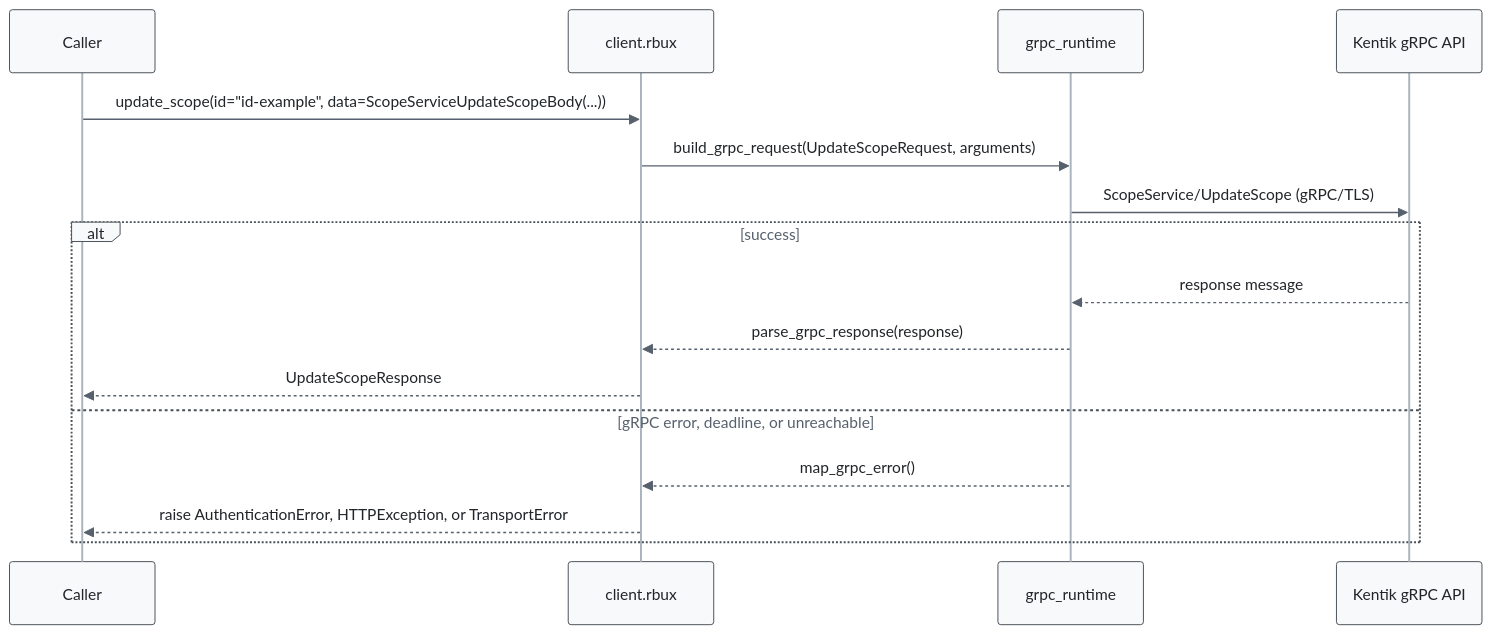
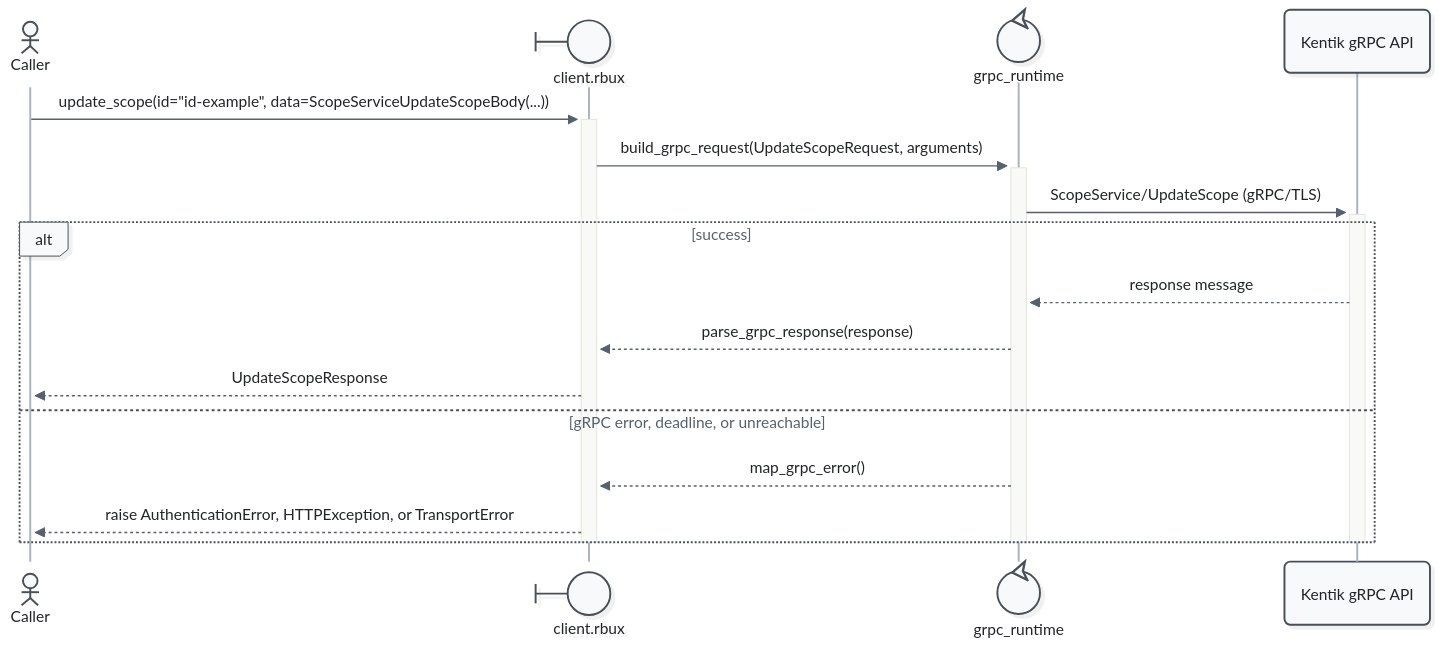
The eighth of 11 diagrams in docs/sphinx/services/rbux.md (alexdearaujo/community_sdk_python), drawn with Mermaid before and after one commit. The commit also changed other lines of this file and 52 other files, not shown here.

First line of the commit message:
docs: Mermaid 12 sequence diagrams with participant types and path colors

````diff
--- a/docs/sphinx/services/rbux.md
+++ b/docs/sphinx/services/rbux.md
@@ -282,20 +299,23 @@
 ```mermaid
-%%{init: {"theme": "base", "fontFamily": "ui-monospace, SFMono-Regular, Menlo, monospace", "themeVariables": {"fontFamily": "ui-monospace, SFMono-Regular, Menlo, monospace", "primaryColor": "#f8f9fa", "primaryBorderColor": "#495057", "primaryTextColor": "#212529", "textColor": "#212529", "lineColor": "#77818c", "edgeLabelBackground": "#ffffff", "actorBkg": "#f8f9fa", "actorBorder": "#495057", "actorTextColor": "#212529", "actorLineColor": "#a9b3be", "signalColor": "#57616d", "signalTextColor": "#212529", "labelBoxBkgColor": "#f8f9fa", "labelBoxBorderColor": "#495057", "labelTextColor": "#212529", "loopTextColor": "#57616d", "noteBkgColor": "#fff9db", "noteBorderColor": "#f08c00", "noteTextColor": "#a35a00"}, "flowchart": {"curve": "step", "nodeSpacing": 30, "rankSpacing": 70, "wrappingWidth": 400}}}%%
+%%{init: {"theme": "redux", "look": "neo", "layout": "dagre", "fontFamily": "ui-monospace, SFMono-Regular, Menlo, monospace", "themeVariables": {"fontFamily": "ui-monospace, SFMono-Regular, Menlo, monospace", "primaryColor": "#f8f9fa", "primaryBorderColor": "#495057", "primaryTextColor": "#212529", "textColor": "#212529", "lineColor": "#77818c", "edgeLabelBackground": "#ffffff", "actorBkg": "#f8f9fa", "actorBorder": "#495057", "actorTextColor": "#212529", "actorLineColor": "#a9b3be", "signalColor": "#57616d", "signalTextColor": "#212529", "labelBoxBkgColor": "#f8f9fa", "labelBoxBorderColor": "#495057", "labelTextColor": "#212529", "loopTextColor": "#57616d", "noteBkgColor": "#fff9db", "noteBorderColor": "#f08c00", "noteTextColor": "#a35a00"}, "sequence": {"activationWidth": 16}, "flowchart": {"curve": "step", "nodeSpacing": 30, "rankSpacing": 70, "wrappingWidth": 400}}}%%
 sequenceDiagram
-    participant C as Caller
-    participant W as client.rbux
-    participant R as grpc_runtime
+    actor C as Caller
+    participant W@{ "type": "boundary" } as client.rbux
+    participant R@{ "type": "control" } as grpc_runtime
     participant API as Kentik gRPC API
 
-    C->>W: update_scope(id="id-example", data=ScopeServiceUpdateScopeBody(...))
-    W->>R: build_grpc_request(UpdateScopeRequest, arguments)
-    R->>API: ScopeService/UpdateScope (gRPC/TLS)
+    C->>+W: update_scope(id="id-example", data=ScopeServiceUpdateScopeBody(...))
+    W->>+R: build_grpc_request(UpdateScopeRequest, arguments)
+    R->>+API: ScopeService/UpdateScope (gRPC/TLS)
     alt success
         API-->>R: response message
         R-->>W: parse_grpc_response(response)
         W-->>C: UpdateScopeResponse
     else gRPC error, deadline, or unreachable
         R-->>W: map_grpc_error()
         W-->>C: raise AuthenticationError, HTTPException, or TransportError
     end
+    deactivate API
+    deactivate R
+    deactivate W
 ```
````
